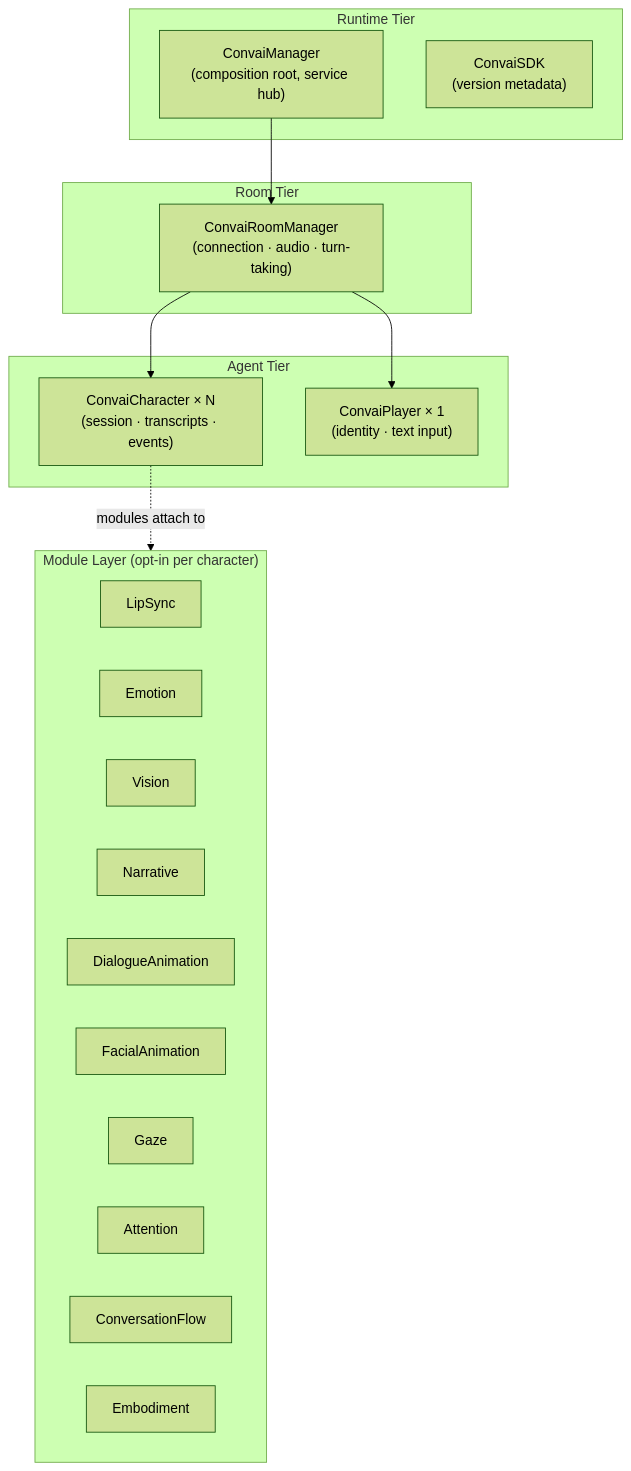
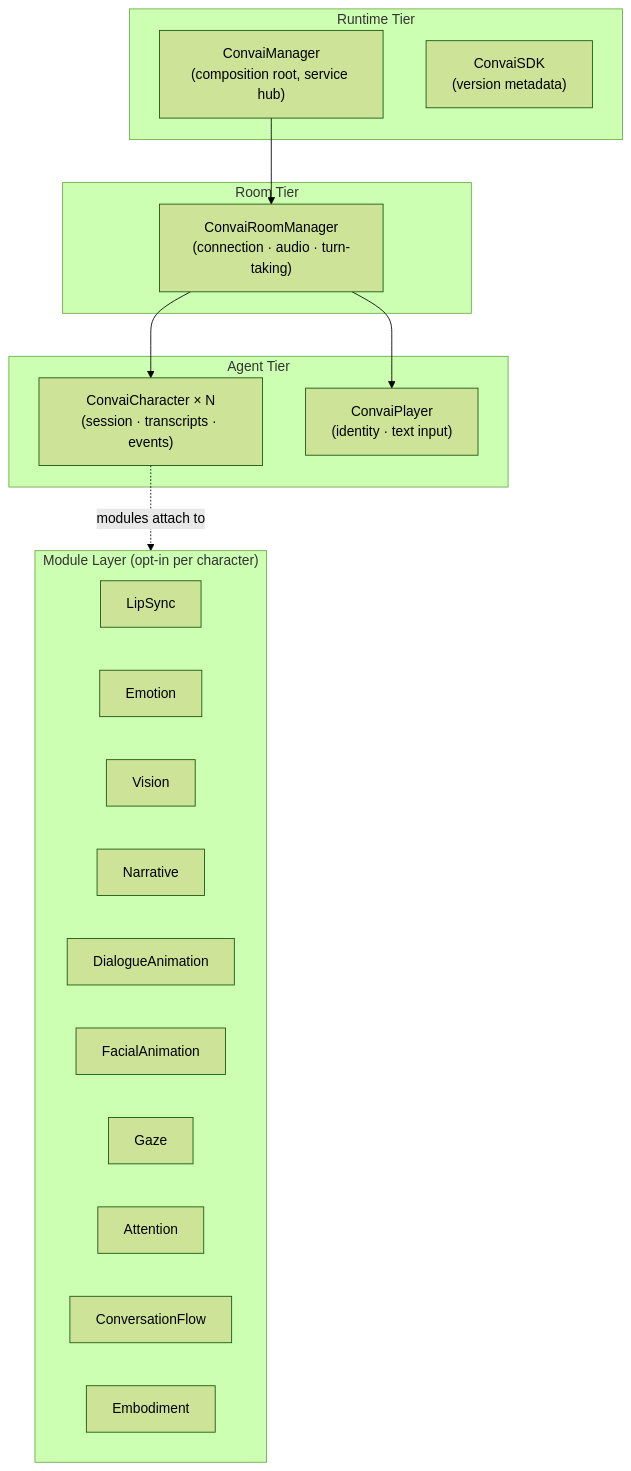
The diagram in plugins-and-integrations/convai-unity-sdk-1/overview/architecture-overview.md (Conv-AI/Convai-Documentation), drawn with Mermaid (forest theme) before and after one commit. The commit also changed other lines of this file, not shown here.

First line of the commit message:
fix(overview): correct SDK accuracy issues in architecture-overview

````diff
--- a/plugins-and-integrations/convai-unity-sdk-1/overview/architecture-overview.md
+++ b/plugins-and-integrations/convai-unity-sdk-1/overview/architecture-overview.md
@@ -12,35 +12,35 @@
 ```mermaid
 graph TD
     subgraph RT["Runtime Tier"]
         CM["ConvaiManager\n(composition root, service hub)"]
         CS["ConvaiSDK\n(version metadata)"]
     end
 
     subgraph RM_TIER["Room Tier"]
         RM["ConvaiRoomManager\n(connection · audio · turn-taking)"]
     end
 
     subgraph AG["Agent Tier"]
         CC["ConvaiCharacter × N\n(session · transcripts · events)"]
-        CP["ConvaiPlayer × 1\n(identity · text input)"]
+        CP["ConvaiPlayer\n(identity · text input)"]
     end
 
     subgraph ML["Module Layer (opt-in per character)"]
         direction LR
         LS[LipSync]
         EM[Emotion]
         VI[Vision]
         NA[Narrative]
         DA[DialogueAnimation]
         FA[FacialAnimation]
         GA[Gaze]
         AT[Attention]
         CF[ConversationFlow]
         EB[Embodiment]
     end
 
     CM --> RM
     RM --> CC
     RM --> CP
     CC -.->|modules attach to| ML
 ```
````
